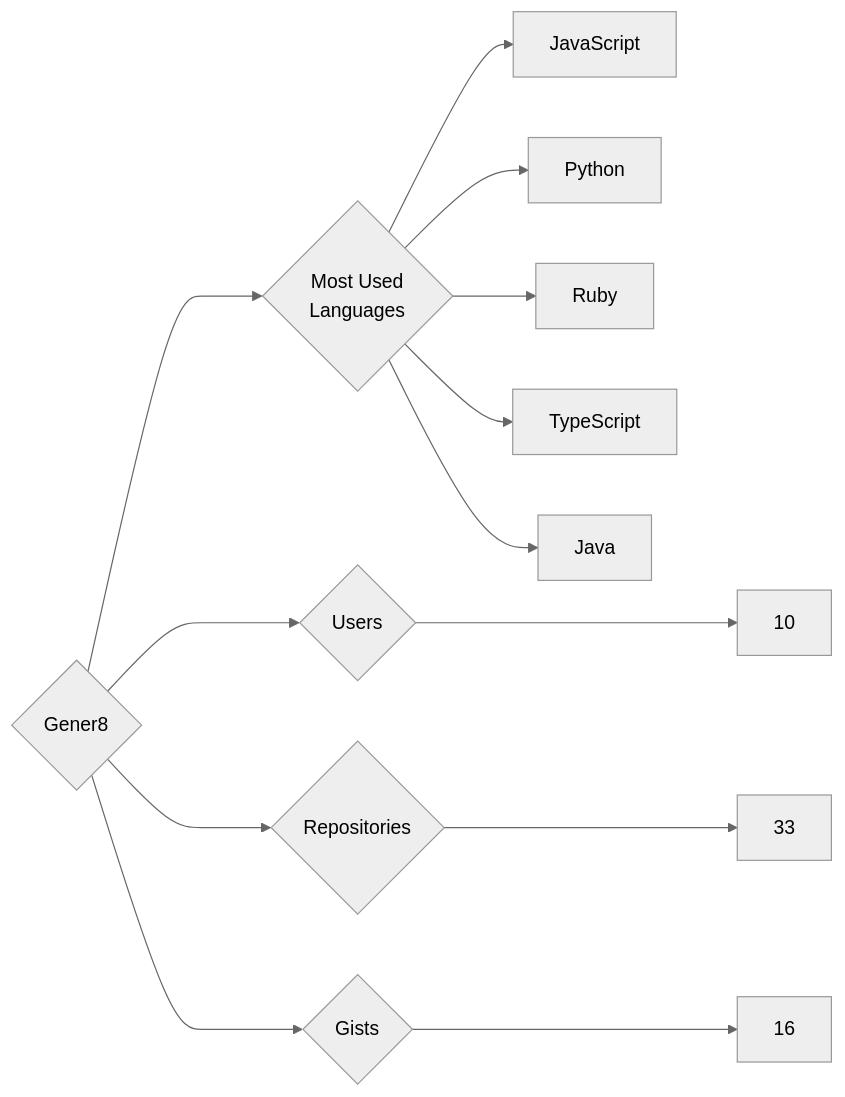
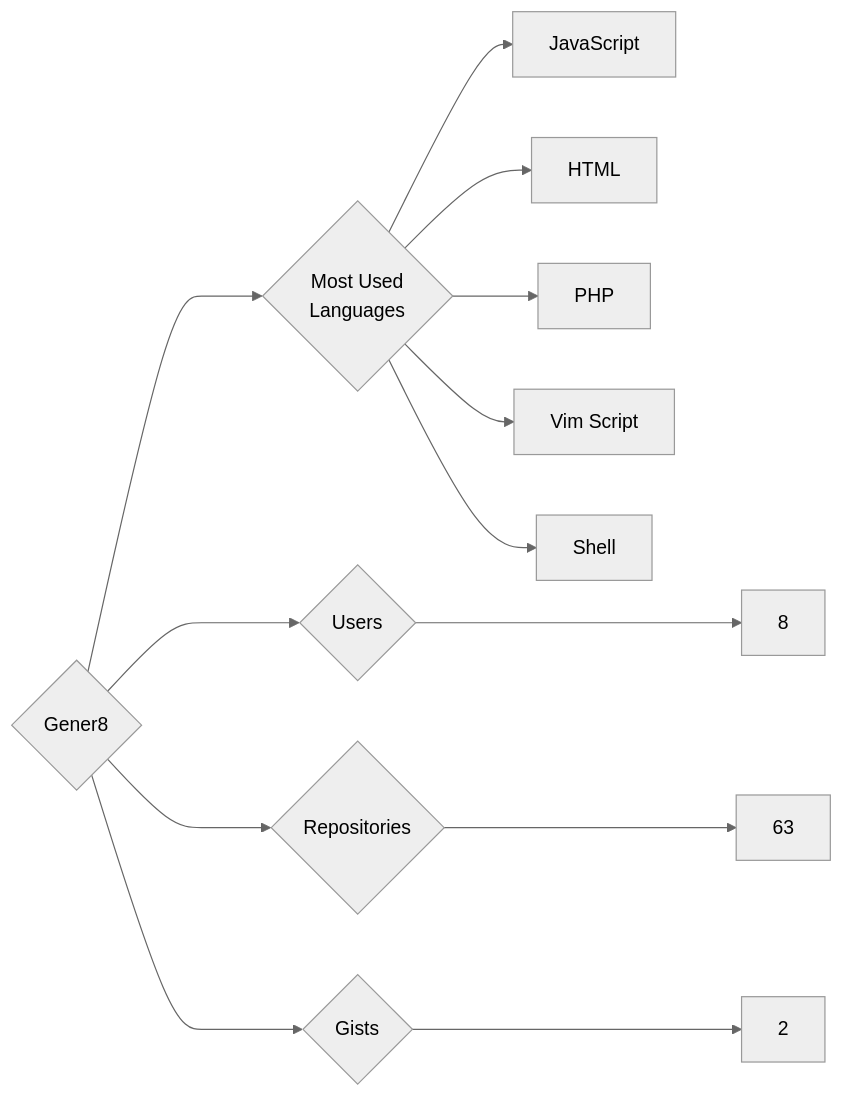
The diagram in targets/Gener8/README.md (trickest/insiders), drawn with Mermaid (neutral theme) before and after one commit. The commit also changed 1314 other files, not shown here.

````diff
--- a/targets/Gener8/README.md
+++ b/targets/Gener8/README.md
@@ -3,13 +3,13 @@
 ```mermaid
 graph LR
 COMPANY_NAME{Gener8}
-COMPANY_NAME ---> U{Users} ---> UN[10]
-COMPANY_NAME ---> R{Repositories} ---> RN[33]
-COMPANY_NAME ---> G{Gists} ---> GN[16]
+COMPANY_NAME ---> U{Users} ---> UN[8]
+COMPANY_NAME ---> R{Repositories} ---> RN[63]
+COMPANY_NAME ---> G{Gists} ---> GN[2]
 COMPANY_NAME ---> ML{Most Used<br>Languages}
 ML --> JavaScript[JavaScript]
-ML --> Python[Python]
-ML --> Ruby[Ruby]
-ML --> TypeScript[TypeScript]
-ML --> Java[Java]
+ML --> HTML[HTML]
+ML --> PHP[PHP]
+ML --> Vim_Script[Vim Script]
+ML --> Shell[Shell]
 ```
````
